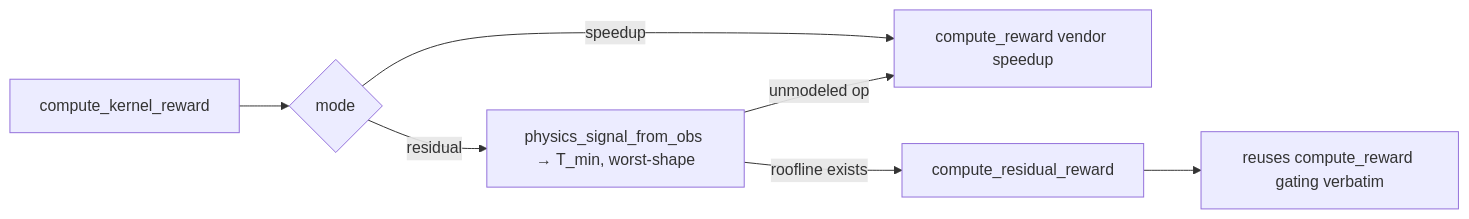
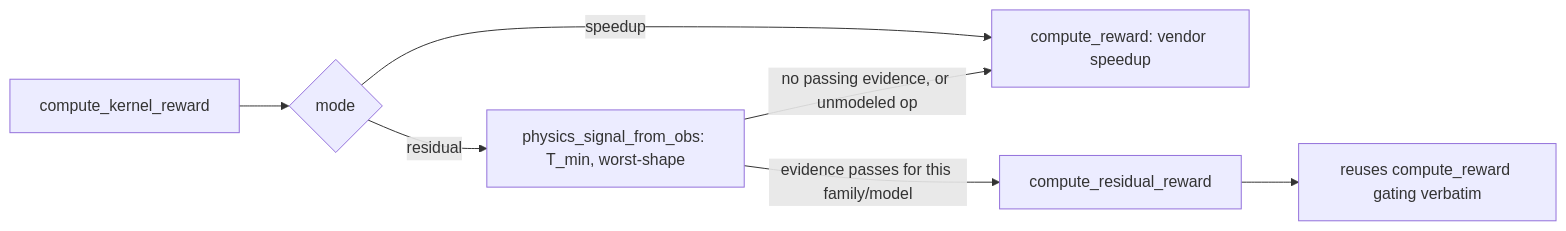
The second of 2 diagrams in kore/reward/README.md (amd-shasriva/KORE), drawn with Mermaid before and after one commit. The commit also changed other lines of this file and 13 other files, not shown here.

````diff
--- a/kore/reward/README.md
+++ b/kore/reward/README.md
@@ -93,9 +137,9 @@
 ```mermaid
 flowchart LR
   KR[compute_kernel_reward] --> M{mode}
-  M -->|speedup| CR[compute_reward vendor speedup]
-  M -->|residual| PS[physics_signal_from_obs → T_min, worst-shape]
-  PS -->|roofline exists| RR[compute_residual_reward]
-  PS -->|unmodeled op| CR
+  M -->|speedup| CR[compute_reward: vendor speedup]
+  M -->|residual| PS[physics_signal_from_obs: T_min, worst-shape]
+  PS -->|evidence passes for this family/model| RR[compute_residual_reward]
+  PS -->|no passing evidence, or unmodeled op| CR
   RR --> GATE[reuses compute_reward gating verbatim]
 ```
````
